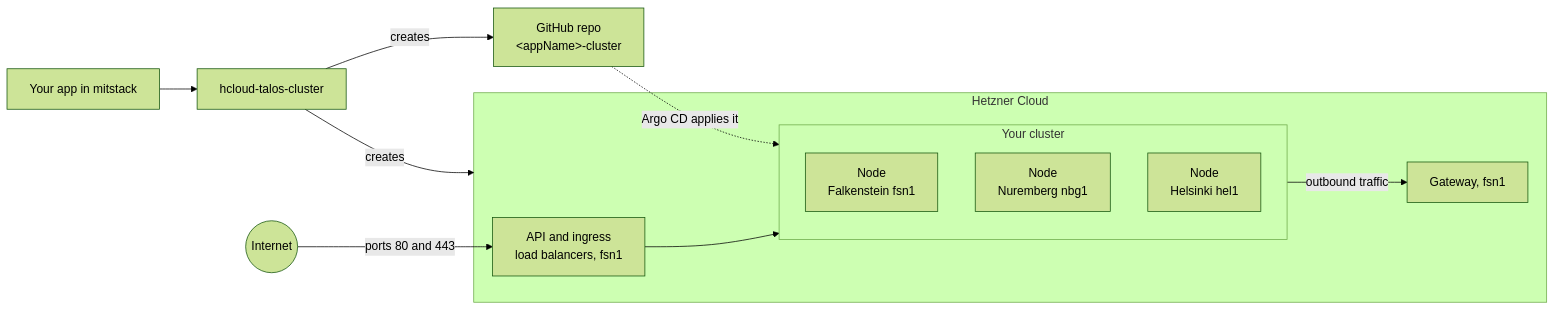
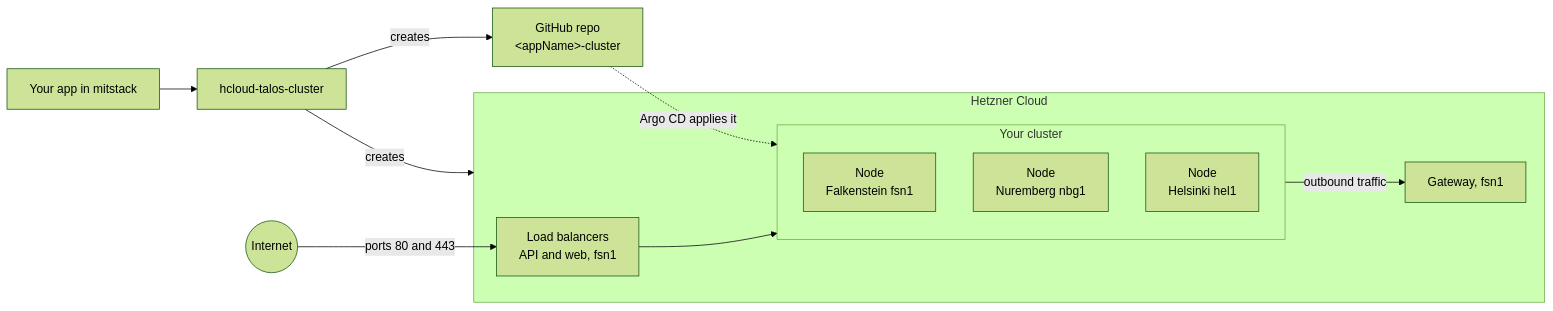
One commit to mitstack-eu/hcloud-talos-cluster changed the first of 2 diagrams in README.md. Above: the diagram before and after it, drawn with Mermaid (forest theme). The commit also changed other lines of this file, not shown here.

````diff
--- a/README.md
+++ b/README.md
@@ -11,19 +11,19 @@
 ```mermaid
 flowchart LR
     app["Your app in mitstack"] --> block["hcloud-talos-cluster"]
     block -- "creates" --> repo["GitHub repo<br/>#lt;appName#gt;-cluster"]
     block -- "creates" --> hetzner
     subgraph hetzner["Hetzner Cloud"]
-        lb["API and ingress<br/>load balancers, fsn1"]
+        lb["Load balancers<br/>API and web, fsn1"]
         subgraph cluster["Your cluster"]
             n1["Node<br/>Falkenstein fsn1"]
             n2["Node<br/>Nuremberg nbg1"]
             n3["Node<br/>Helsinki hel1"]
         end
         gw["Gateway, fsn1"]
     end
     web(("Internet")) -- "ports 80 and 443" --> lb
     lb --> cluster
     cluster -- "outbound traffic" --> gw
     repo -. "Argo CD applies it" .-> cluster
 ```
````
